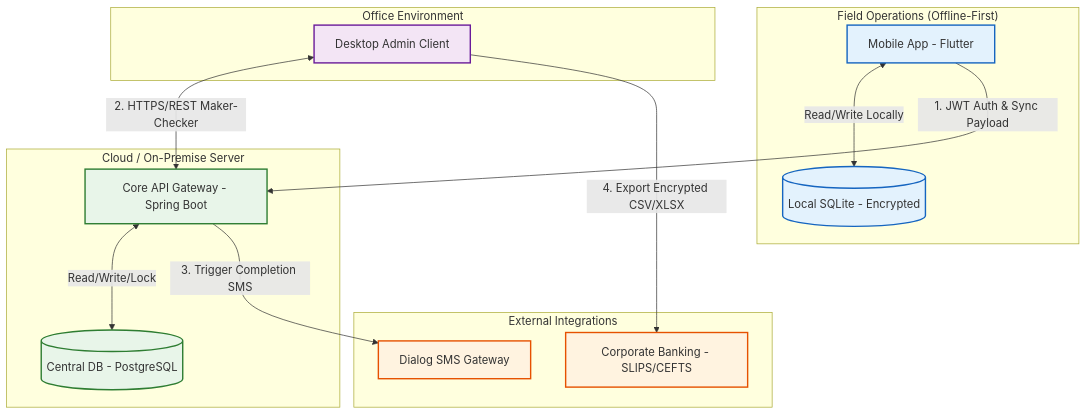
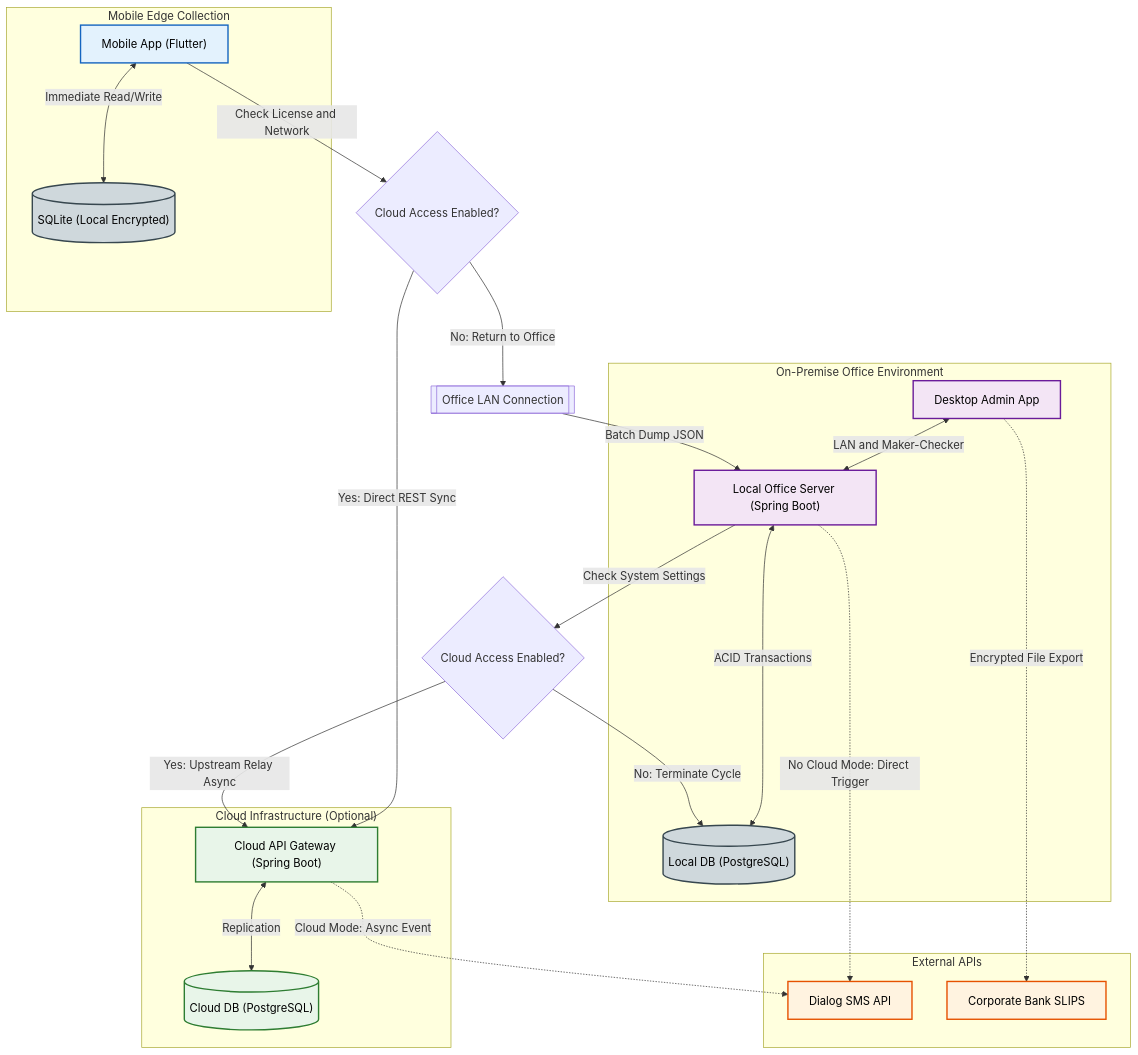
Before and after one commit to seng31242-tea-route-pay-2026/tea-collection-payment-system: the diagram in documents/sds/system-architecture.md, drawn with Mermaid. The commit also changed other lines of this file, not shown here.

First line of the commit message:
docs(sds): upgrade architecture to hybrid local/cloud deployment model

````diff
--- a/documents/sds/system-architecture.md
+++ b/documents/sds/system-architecture.md
@@ -9,36 +15,47 @@
 ```mermaid
 flowchart TD
-    %% Define Styles
-    classDef mobile fill:#e3f2fd,stroke:#1565c0,stroke-width:2px;
-    classDef office fill:#f3e5f5,stroke:#6a1b9a,stroke-width:2px;
-    classDef cloud fill:#e8f5e9,stroke:#2e7d32,stroke-width:2px;
-    classDef external fill:#fff3e0,stroke:#e65100,stroke-width:2px;
+    %% Define Styles with explicit black text for high contrast
+    classDef mobile fill:#e3f2fd,stroke:#1565c0,stroke-width:2px,color:#000000;
+    classDef office fill:#f3e5f5,stroke:#6a1b9a,stroke-width:2px,color:#000000;
+    classDef cloud fill:#e8f5e9,stroke:#2e7d32,stroke-width:2px,color:#000000;
+    classDef external fill:#fff3e0,stroke:#e65100,stroke-width:2px,color:#000000;
+    classDef db fill:#cfd8dc,stroke:#37474f,stroke-width:2px,color:#000000;
 
-    subgraph Field Operations ["Field Operations (Offline-First)"]
-        M[Mobile App - Flutter]:::mobile
-        SQL[(Local SQLite - Encrypted)]:::mobile
-        M <-->|Read/Write Locally| SQL
+    subgraph EdgeTier ["Mobile Edge Collection"]
+        M["Mobile App (Flutter)"]:::mobile
+        SQL[("SQLite (Local Encrypted)")]:::db
+        M <-->|Immediate Read/Write| SQL
     end
 
-    subgraph Office Environment ["Office Environment"]
-        D[Desktop Admin Client]:::office
+    subgraph OfficeTier ["On-Premise Office Environment"]
+        D["Desktop Admin App"]:::office
+        OS["Local Office Server (Spring Boot)"]:::office
+        LDB[("Local DB (PostgreSQL)")]:::db
+        D <-->|LAN and Maker-Checker| OS
+        OS <-->|ACID Transactions| LDB
     end
 
-    subgraph Central Backend ["Cloud / On-Premise Server"]
-        API[Core API Gateway - Spring Boot]:::cloud
-        DB[(Central DB - PostgreSQL)]:::cloud
-        API <-->|Read/Write/Lock| DB
+    subgraph CloudTier ["Cloud Infrastructure (Optional)"]
+        CS["Cloud API Gateway (Spring Boot)"]:::cloud
+        CDB[("Cloud DB (PostgreSQL)")]:::cloud
+        CS <-->|Replication| CDB
     end
 
-    subgraph External Services ["External Integrations"]
-        SMS[Dialog SMS Gateway]:::external
-        BANK[Corporate Banking - SLIPS/CEFTS]:::external
+    subgraph ExternalServices ["External APIs"]
+        SMS["Dialog SMS API"]:::external
+        BANK["Corporate Bank SLIPS"]:::external
     end
 
-    %% Connections & Data Flow
-    M -->|1. JWT Auth & Sync Payload| API
-    D <-->|2. HTTPS/REST Maker-Checker| API
-    
-    API -->|3. Trigger Completion SMS| SMS
-    D -->|4. Export Encrypted CSV/XLSX| BANK
+    M -->|Check License and Network| FLAG1{"Cloud Access Enabled?"}
+    FLAG1 -->|Yes: Direct REST Sync| CS
+    FLAG1 -->|No: Return to Office| LAN[["Office LAN Connection"]]
+    LAN -->|Batch Dump JSON| OS
+
+    OS -->|Check System Settings| FLAG2{"Cloud Access Enabled?"}
+    FLAG2 -->|Yes: Upstream Relay Async| CS
+    FLAG2 -->|No: Terminate Cycle| LDB
+
+    OS -.->|No Cloud Mode: Direct Trigger| SMS
+    CS -.->|Cloud Mode: Async Event| SMS
+    D -.->|Encrypted File Export| BANK
 ```
````
